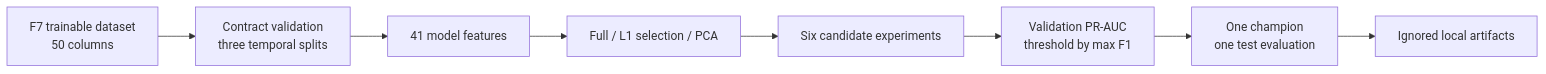
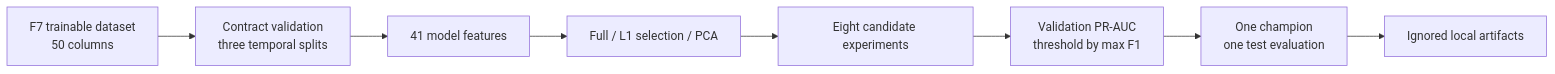
Before and after one commit to HuyyGiaa/ewallet-data-ai-platform: the diagram in docs/ml/fraud_modeling.md, drawn with Mermaid. The commit also changed other lines of this file and 8 other files, not shown here.

````diff
--- a/docs/ml/fraud_modeling.md
+++ b/docs/ml/fraud_modeling.md
@@ -11,14 +11,14 @@
 ```mermaid
 flowchart LR
     DATA["F7 trainable dataset<br/>50 columns"]
     CHECK["Contract validation<br/>three temporal splits"]
     X["41 model features"]
     FEATURE["Full / L1 selection / PCA"]
-    MODELS["Six candidate experiments"]
+    MODELS["Eight candidate experiments"]
     VALIDATION["Validation PR-AUC<br/>threshold by max F1"]
     TEST["One champion<br/>one test evaluation"]
     ARTIFACTS["Ignored local artifacts"]
 
     DATA --> CHECK --> X --> FEATURE --> MODELS
     MODELS --> VALIDATION --> TEST --> ARTIFACTS
 ```
````
